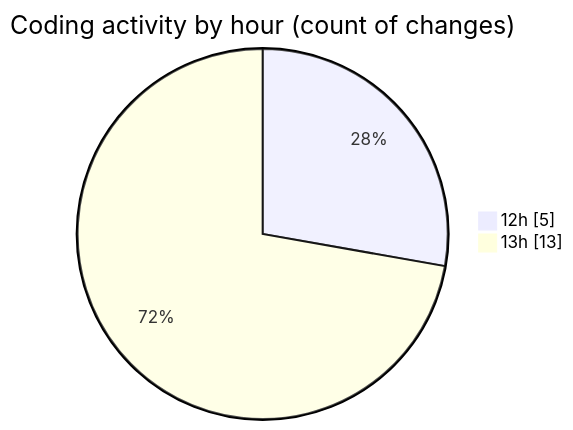
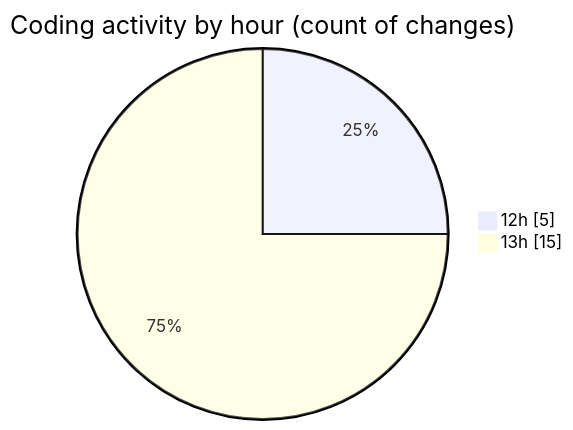
The second of 2 diagrams in 2026-05-22/cilapp/README.md (ricardozamudiocil/code-tracking), drawn with Mermaid before and after one commit. The commit also changed other lines of this file and 1 other file, not shown here.

````diff
--- a/2026-05-22/cilapp/README.md
+++ b/2026-05-22/cilapp/README.md
@@ -28,6 +28,6 @@
 ```mermaid
 pie showData
 title Coding activity by hour (count of changes)
 "12h" : 5
-"13h" : 13
+"13h" : 15
 ```
````
